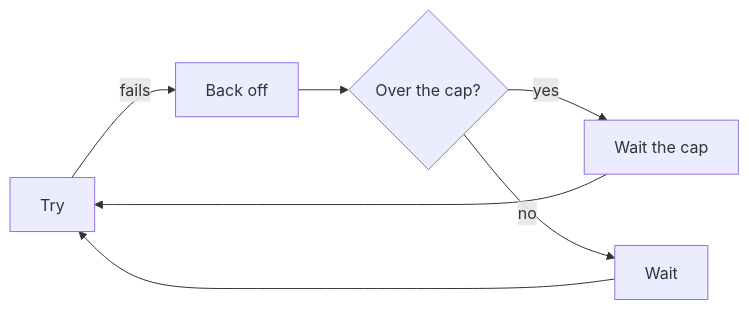
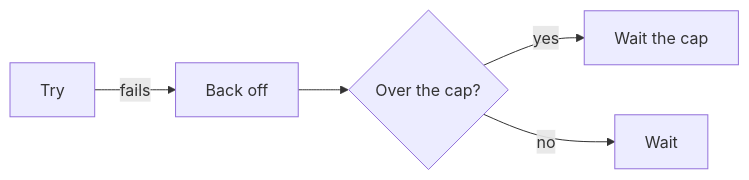
Before and after one commit to Gaurav-Gosain/tuios-docs: the diagram in media/scenes/blog-thread-diagrams/reply.md, drawn with Mermaid. The commit also changed 8 other files, not shown here.

Commit message:
docs(media): show the whole diagram reply in the blog frame

````diff
--- a/media/scenes/blog-thread-diagrams/reply.md
+++ b/media/scenes/blog-thread-diagrams/reply.md
@@ -3,9 +3,7 @@
 ```mermaid
 flowchart LR
   A[Try] -->|fails| B[Back off]
   B --> C{Over the cap?}
   C -->|yes| D[Wait the cap]
   C -->|no| E[Wait]
-  D --> A
-  E --> A
 ```
````
